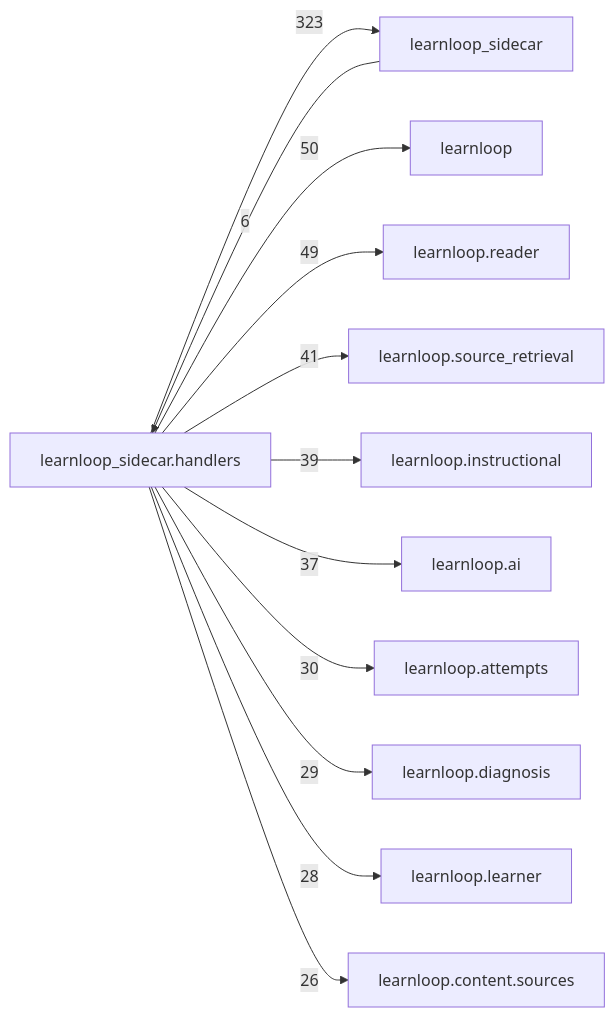
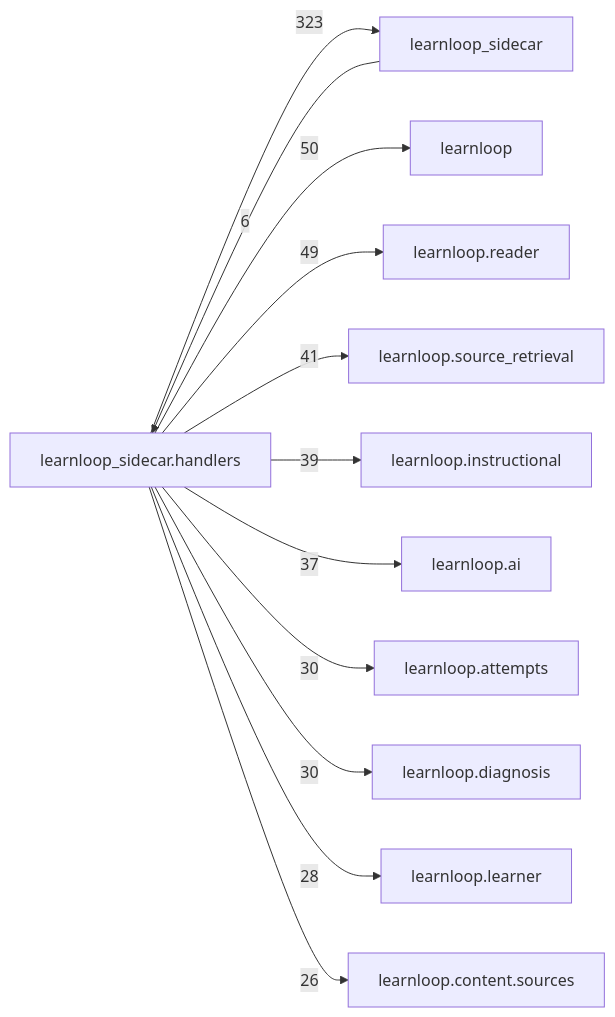
Before and after one commit to 6up-b/learnanything: the diagram in docs/learnloop-architecture-vault/Reference/Modules/learnloop_sidecar/handlers/_package.md, drawn with Mermaid. The commit also changed other lines of this file and 63 other files, not shown here.

````diff
--- a/docs/learnloop-architecture-vault/Reference/Modules/learnloop_sidecar/handlers/_package.md
+++ b/docs/learnloop-architecture-vault/Reference/Modules/learnloop_sidecar/handlers/_package.md
@@ -260,25 +260,25 @@
 ```mermaid
 flowchart LR
     center["learnloop_sidecar.handlers"]
     n_learnloop_sidecar["learnloop_sidecar"]
     n_learnloop["learnloop"]
     n_learnloop_reader["learnloop.reader"]
     n_learnloop_source_retrieval["learnloop.source_retrieval"]
     n_learnloop_instructional["learnloop.instructional"]
     n_learnloop_ai["learnloop.ai"]
     n_learnloop_attempts["learnloop.attempts"]
     n_learnloop_diagnosis["learnloop.diagnosis"]
     n_learnloop_learner["learnloop.learner"]
     n_learnloop_content_sources["learnloop.content.sources"]
     n_learnloop_sidecar -->|6| center
     center -->|323| n_learnloop_sidecar
     center -->|50| n_learnloop
     center -->|49| n_learnloop_reader
     center -->|41| n_learnloop_source_retrieval
     center -->|39| n_learnloop_instructional
     center -->|37| n_learnloop_ai
     center -->|30| n_learnloop_attempts
-    center -->|29| n_learnloop_diagnosis
+    center -->|30| n_learnloop_diagnosis
     center -->|28| n_learnloop_learner
     center -->|26| n_learnloop_content_sources
 ```
````
